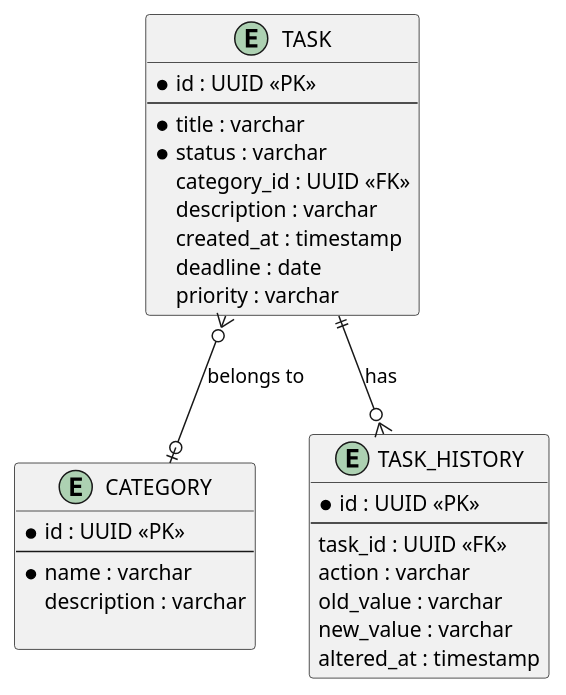
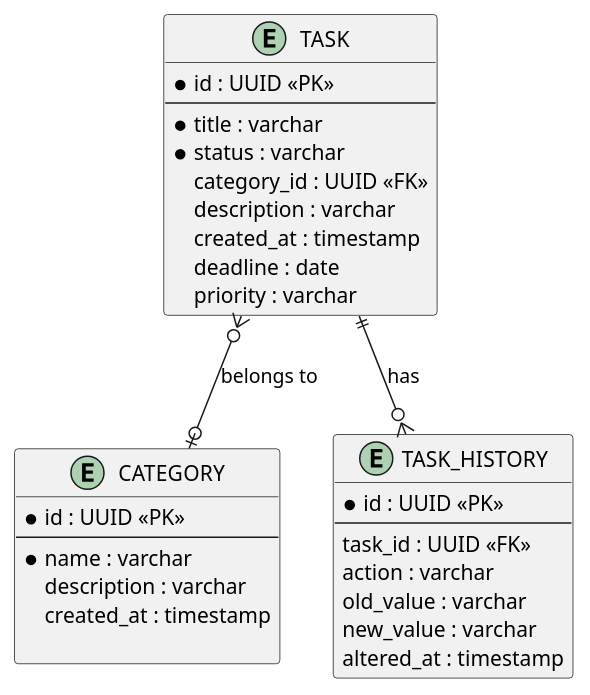
One commit to KeillaV/task-manager-api changed the diagram in docs/diagrams/sources/er-diagram.puml. Above: the diagram before and after it, drawn with PlantUML. The commit also changed 2 other files, not shown here.

Commit message:
docs: updating er diagram, functional and non functional requirements

```diff
--- a/docs/diagrams/sources/er-diagram.puml
+++ b/docs/diagrams/sources/er-diagram.puml
@@ -1,35 +1,36 @@
 @startuml
 entity TASK {
     * id : UUID <<PK>>
     --
     * title : varchar
     * status : varchar
     category_id : UUID <<FK>>
     description : varchar
     created_at : timestamp
     deadline : date
     priority : varchar
 }
 
 entity CATEGORY {
     * id : UUID <<PK>>
     --
     * name : varchar
     description : varchar
+    created_at : timestamp
 
 }
 
 entity TASK_HISTORY {
     * id : UUID <<PK>>
     --
     task_id : UUID <<FK>>
     action : varchar
     old_value : varchar
     new_value : varchar
     altered_at : timestamp
 }
 
 TASK }o--o| CATEGORY : belongs to
 TASK ||--o{ TASK_HISTORY : has
 
 @enduml
```
